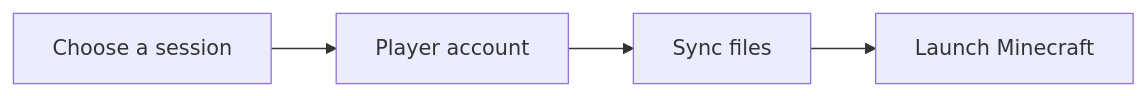
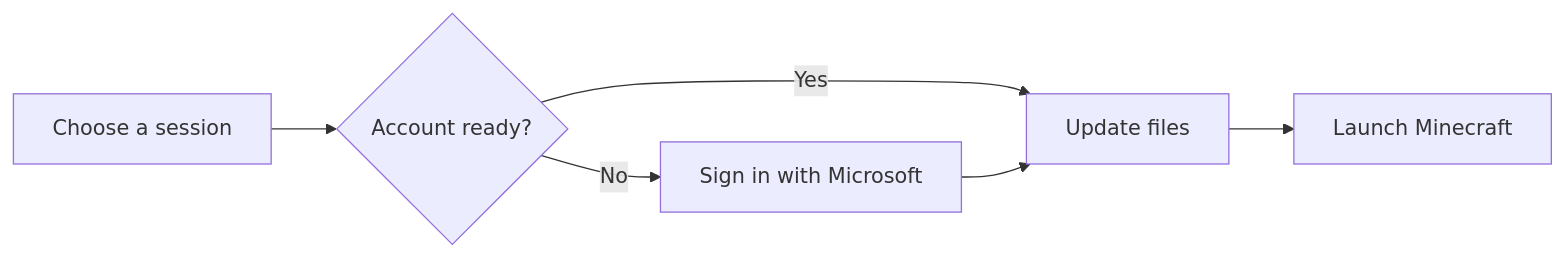
The diagram in src/content/projects/en/launched.mdx (Infuseting/Portfolio), drawn with Mermaid before and after one commit. The commit also changed other lines of this file and 9 other files, not shown here.

````diff
--- a/src/content/projects/en/launched.mdx
+++ b/src/content/projects/en/launched.mdx
@@ -36,6 +41,8 @@
 ```mermaid
 flowchart LR
-  A[Choose a session] --> B[Player account]
-  B --> C[Sync files]
-  C --> D[Launch Minecraft]
+    A[Choose a session] --> B{Account ready?}
+    B -->|No| C[Sign in with Microsoft]
+    B -->|Yes| D[Update files]
+    C --> D
+    D --> E[Launch Minecraft]
 ```
````
